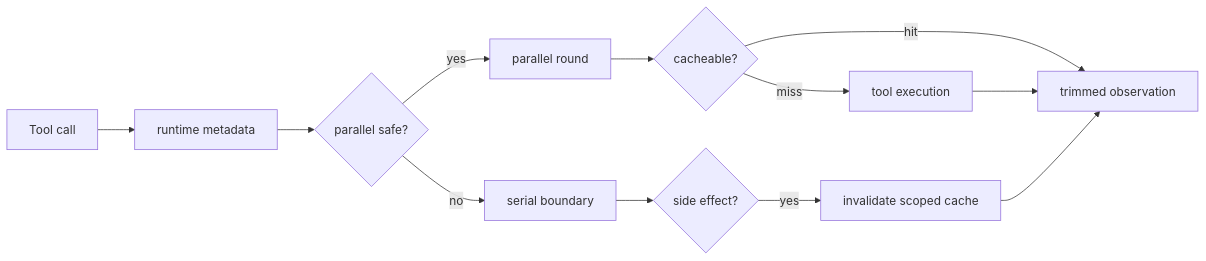
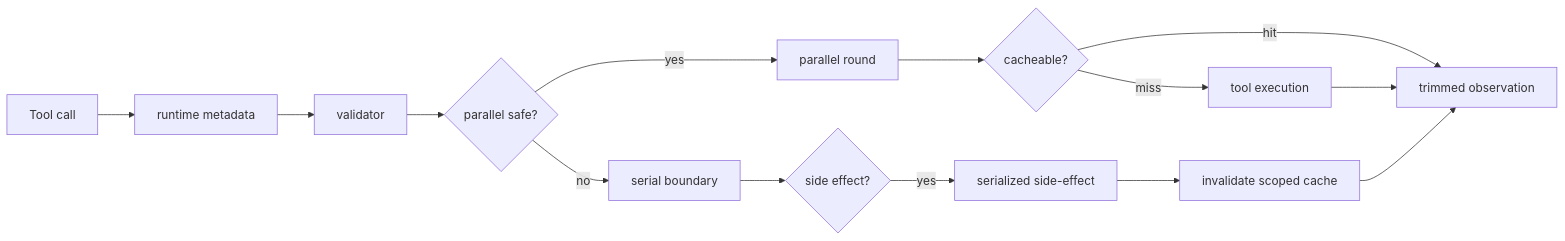
One commit to William-zgx/focus-agent changed the second of 4 diagrams in docs/tool-skill-design.md. Above: the diagram before and after it, drawn with Mermaid. The commit also changed other lines of this file and 28 other files, not shown here.

````diff
--- a/docs/tool-skill-design.md
+++ b/docs/tool-skill-design.md
@@ -239,14 +239,16 @@
 ```mermaid
 flowchart LR
     Call["Tool call"] --> Metadata["runtime metadata"]
-    Metadata --> Scheduler{"parallel safe?"}
+    Metadata --> Validate["validator"]
+    Validate --> Scheduler{"parallel safe?"}
     Scheduler -- "yes" --> Parallel["parallel round"]
     Scheduler -- "no" --> Serial["serial boundary"]
     Parallel --> Cache{"cacheable?"}
     Serial --> Effect{"side effect?"}
     Cache -- "hit" --> Observation["trimmed observation"]
     Cache -- "miss" --> Execute["tool execution"]
-    Effect -- "yes" --> Invalidate["invalidate scoped cache"]
+    Effect -- "yes" --> SerialEffect["serialized side-effect"]
+    SerialEffect --> Invalidate["invalidate scoped cache"]
     Execute --> Observation
     Invalidate --> Observation
 ```
````
